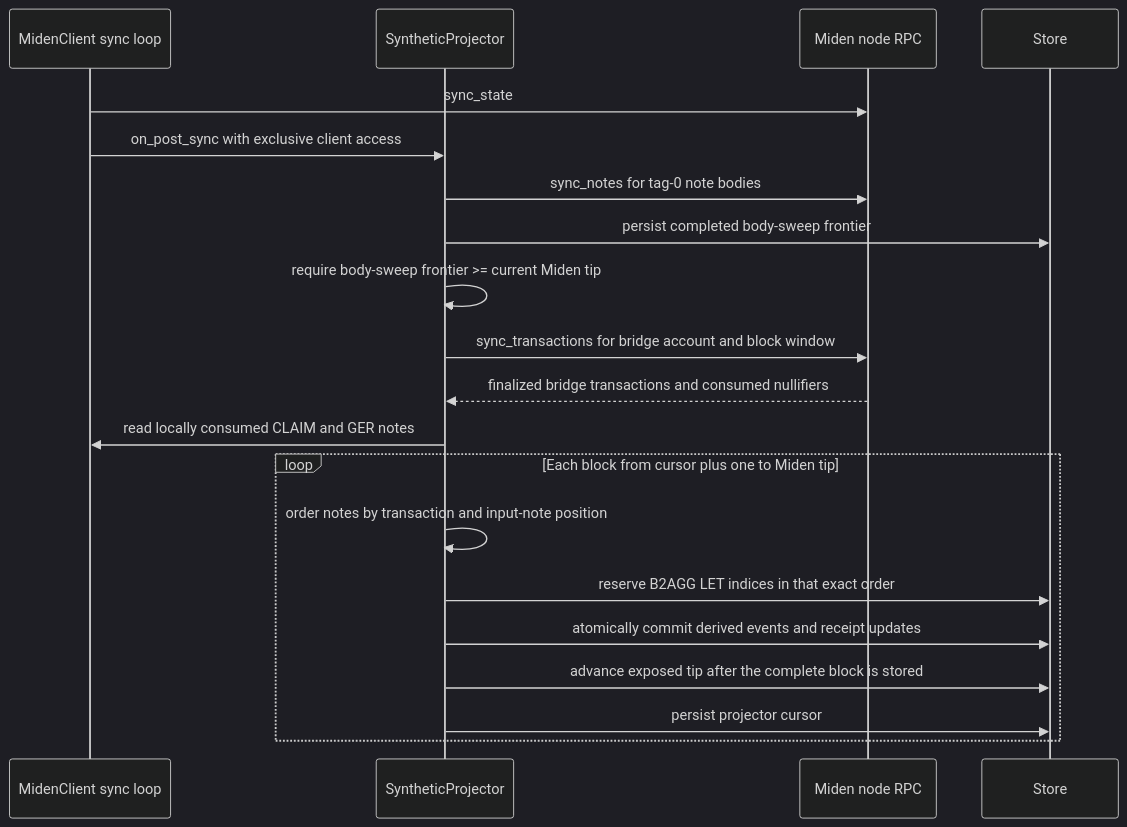
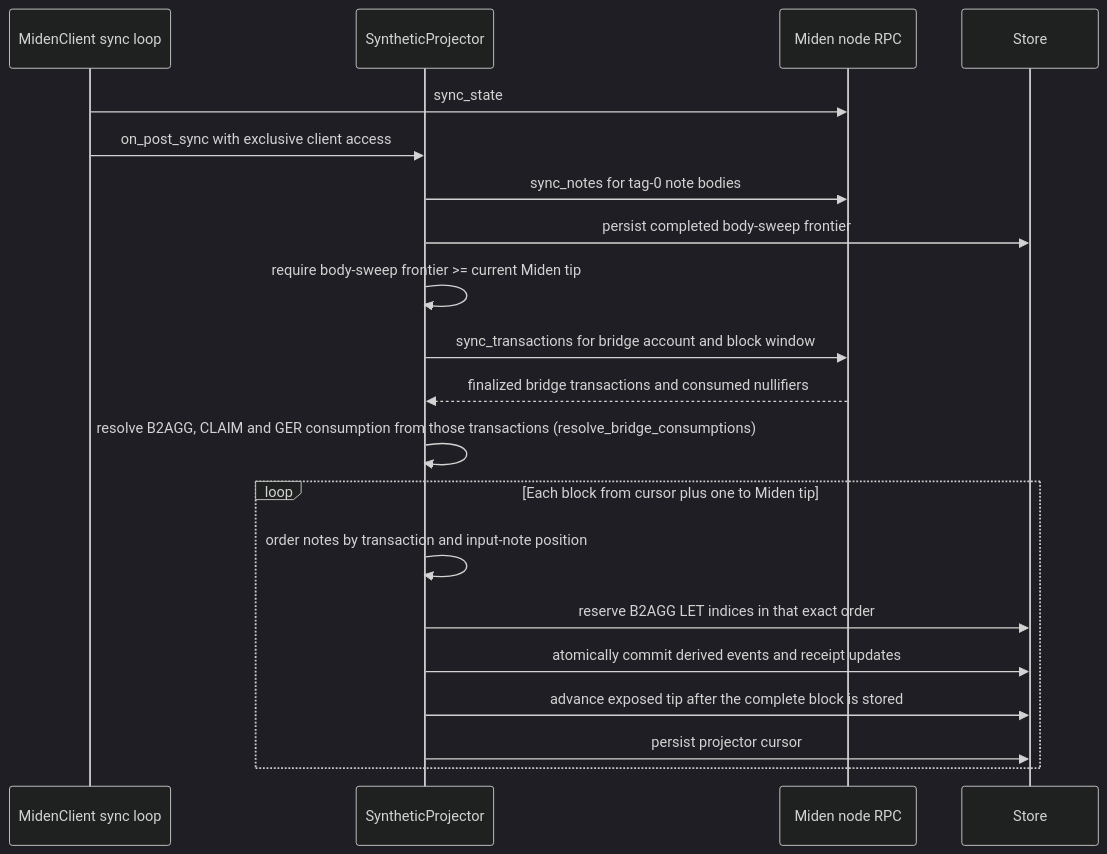
One commit to gateway-fm/miden-agglayer changed the third of 3 diagrams in docs/ARCHITECTURE.md. Above: the diagram before and after it, drawn with Mermaid (dark theme). The commit also changed other lines of this file and 1 other file, not shown here.

````diff
--- a/docs/ARCHITECTURE.md
+++ b/docs/ARCHITECTURE.md
@@ -156,23 +156,23 @@
 ```mermaid
 sequenceDiagram
     participant M as MidenClient sync loop
     participant P as SyntheticProjector
     participant N as Miden node RPC
     participant S as Store
 
     M->>N: sync_state
     M->>P: on_post_sync with exclusive client access
     P->>N: sync_notes for tag-0 note bodies
     P->>S: persist completed body-sweep frontier
     P->>P: require body-sweep frontier >= current Miden tip
     P->>N: sync_transactions for bridge account and block window
     N-->>P: finalized bridge transactions and consumed nullifiers
-    P->>M: read locally consumed CLAIM and GER notes
+    P->>P: resolve B2AGG, CLAIM and GER consumption from those transactions (resolve_bridge_consumptions)
     loop Each block from cursor plus one to Miden tip
         P->>P: order notes by transaction and input-note position
         P->>S: reserve B2AGG LET indices in that exact order
         P->>S: atomically commit derived events and receipt updates
         P->>S: advance exposed tip after the complete block is stored
         P->>S: persist projector cursor
     end
 ```
````
